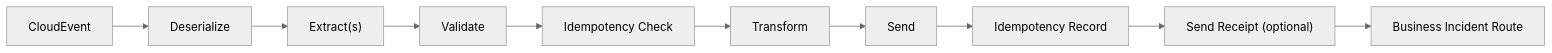
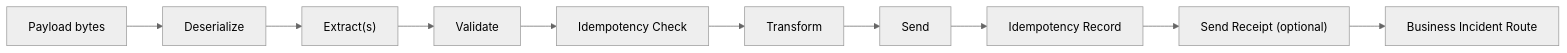
The diagram in docs/blocks/loader.md (integrio-intropy/intropy-framework), drawn with Mermaid (neutral theme) before and after one commit. The commit also changed other lines of this file and 14 other files, not shown here.

First line of the commit message:
feat(loader)!: take payload bytes instead of a CloudEvent

````diff
--- a/docs/blocks/loader.md
+++ b/docs/blocks/loader.md
@@ -7,12 +7,12 @@
 ```mermaid
 graph LR
-    A[CloudEvent] --> B[Deserialize]
+    A[Payload bytes] --> B[Deserialize]
     B --> C["Extract(s)"]
     C --> D[Validate]
     D --> E[Idempotency Check]
     E --> F[Transform]
     F --> G[Send]
     G --> H[Idempotency Record]
     H --> I["Send Receipt (optional)"]
     I --> J[Business Incident Route]
 ```
````
